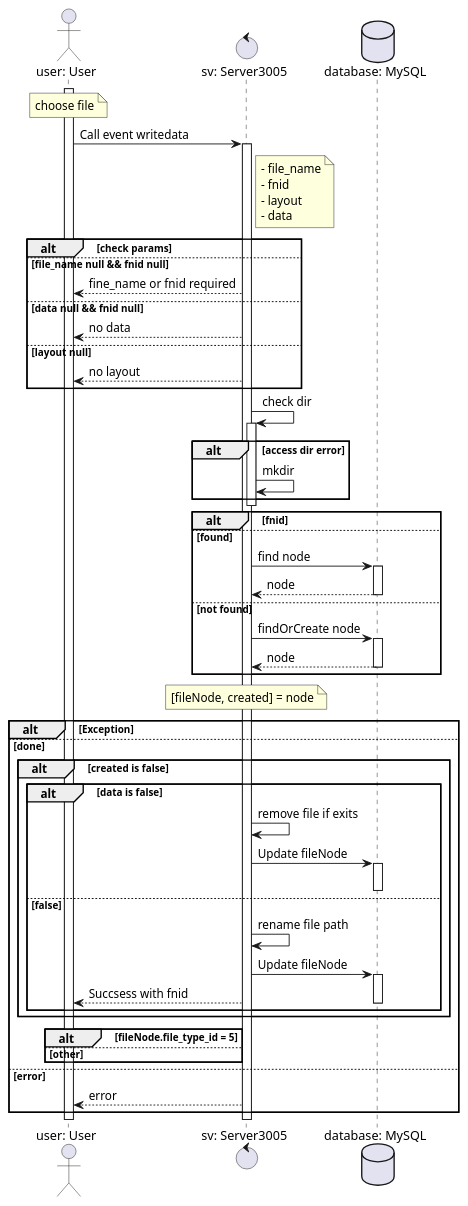
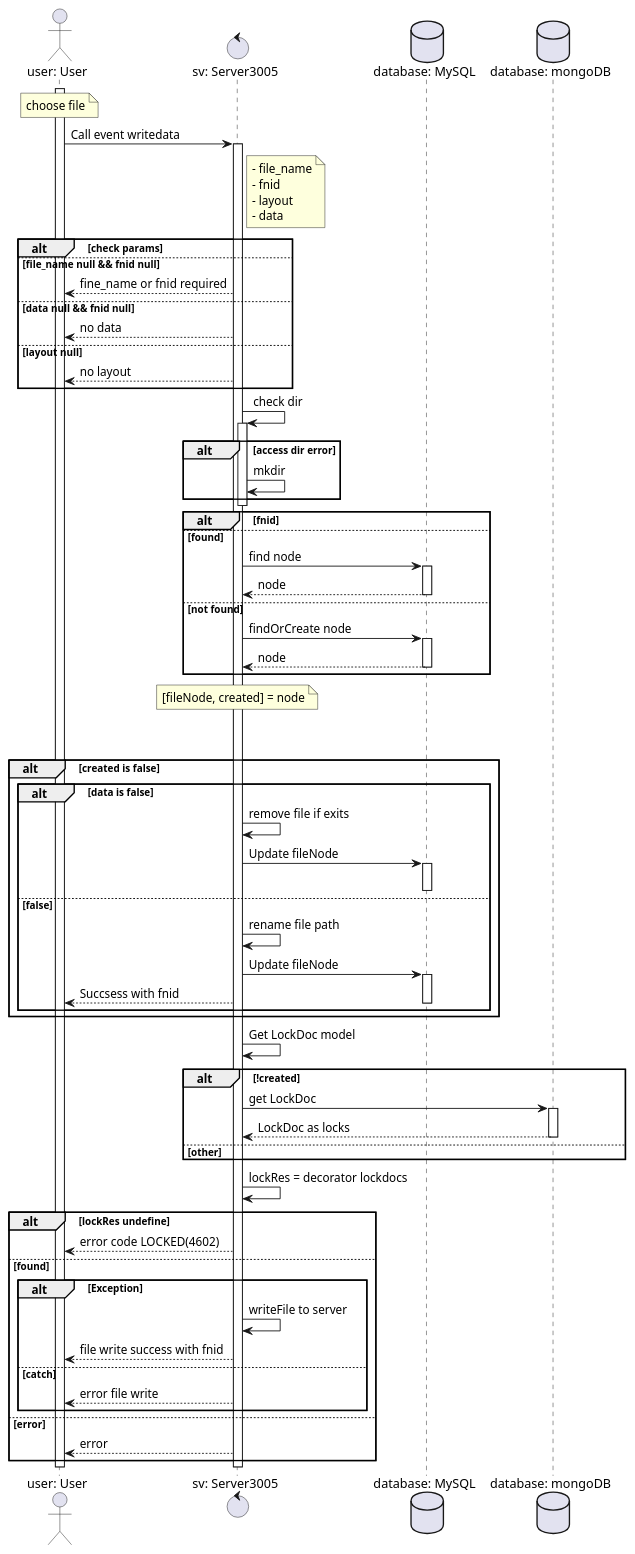
One commit to DangXuanHoat/puml changed the diagram in MOT/Upload/uploadFile.puml. Above: the diagram before and after it, drawn with PlantUML. The commit also changed 2 other files, not shown here.

```diff
--- a/MOT/Upload/uploadFile.puml
+++ b/MOT/Upload/uploadFile.puml
@@ -1,71 +1,89 @@
 @startuml add
 
 actor "user: User" as user
 control "sv: Server3005" as sv
 database "database: MySQL" as db
+database "database: mongoDB" as mongoDB
 
 activate user
 
 note over user: choose file
 user->sv: Call event writedata
 activate sv
 note right sv 
   - file_name
   - fnid
   - layout
   - data
 end note  
 alt check params
 else file_name null && fnid null
 sv-->user: fine_name or fnid required
 else data null && fnid null
 sv--> user: no data
 else layout null
 sv-->user: no layout
 end group
 sv->sv: check dir
 activate sv
 alt access dir error
 sv->sv: mkdir
 end group
 deactivate sv
 
 alt fnid
 else found
 sv->db: find node
 activate db
 db-->sv: node
 deactivate db
 else not found
 sv->db: findOrCreate node
 activate db
 db-->sv: node
 deactivate db
 end group
 
 note over sv: [fileNode, created] = node
 alt Exception
 else done
   alt created is false
     alt data is false
       sv->sv: remove file if exits
       sv->db: Update fileNode
       activate db
       deactivate db
     else false
       sv->sv: rename file path
       sv->db: Update fileNode
       activate db
       sv-->user: Succsess with fnid
       deactivate db
     end group
   end group
-alt fileNode.file_type_id = 5 
+
+  sv->sv: Get LockDoc model
+alt !created 
+  sv->mongoDB: get LockDoc
+  activate mongoDB
+  mongoDB--> sv: LockDoc as locks
+  deactivate mongoDB
 else other
 end group
+sv->sv: lockRes = decorator lockdocs
+alt lockRes undefine
+sv--> user: error code LOCKED(4602)
+else found
+alt Exception
+sv->sv: writeFile to server
 
+sv--> user: file write success with fnid
+else catch
+sv--> user: error file write
+end group
 else error
 sv--> user: error
 end group
-
+deactivate user
+deactivate sv
 @enduml
```
